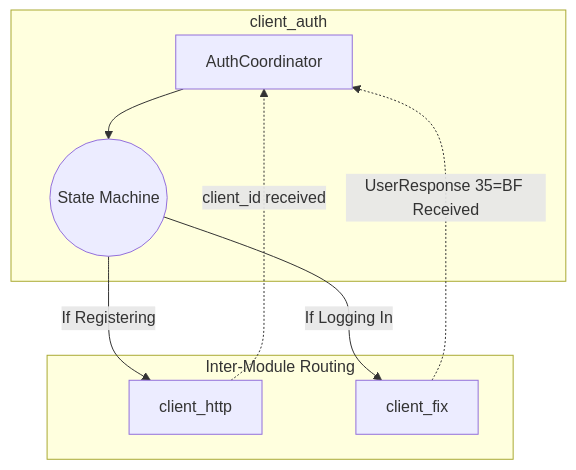
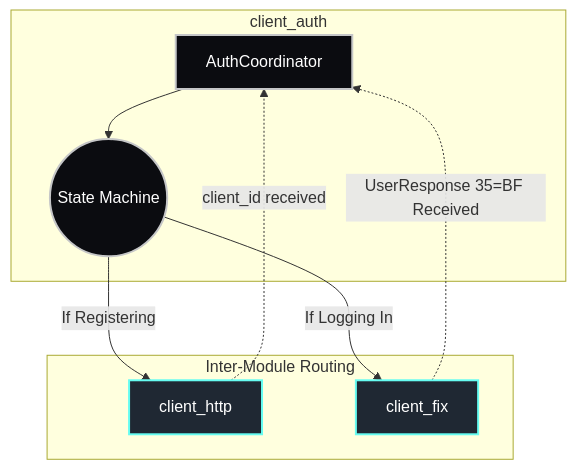
Before and after one commit to SujalChoudhari/BetaTrader: the first of 2 diagrams in client/client_auth/README.md, drawn with Mermaid. The commit also changed 9 other files, not shown here.

````diff
--- a/client/client_auth/README.md
+++ b/client/client_auth/README.md
@@ -18,20 +18,23 @@
 ```mermaid
 graph TD
+    classDef logic fill:#0b0c10,stroke:#c5c6c7,stroke-width:2px,color:white;
+    classDef net fill:#1f2833,stroke:#66fcf1,stroke-width:2px,color:white;
+
     subgraph "client_auth"
-        COORD[AuthCoordinator]
-        SM((State Machine))
+        COORD[AuthCoordinator]:::logic
+        SM((State Machine)):::logic
     end
 
     COORD --> SM
     
     subgraph "Inter-Module Routing"
-        HTTP[client_http]
-        FIX[client_fix]
+        HTTP[client_http]:::net
+        FIX[client_fix]:::net
     end
 
     SM -->|If Registering| HTTP
     SM -->|If Logging In| FIX
     
     HTTP -.->|client_id received| COORD
     FIX -.->|UserResponse 35=BF Received| COORD
 ```
````
